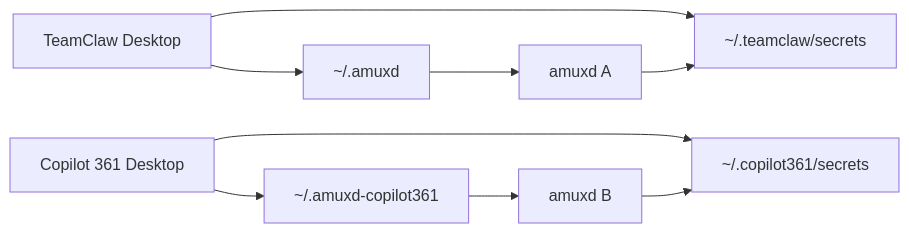
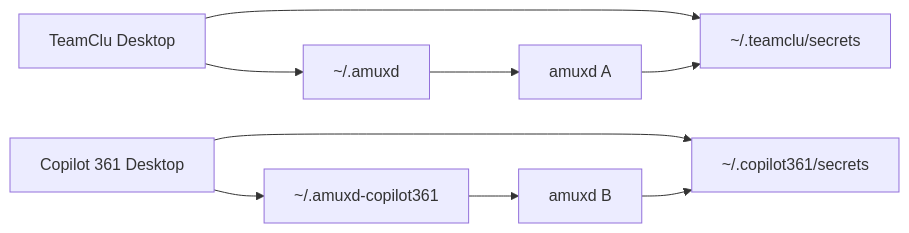
One commit to different-ai-studio/teamclaw changed the diagram in docs/architecture/multi-brand-local-daemon.md. Above: the diagram before and after it, drawn with Mermaid. The commit also changed other lines of this file and 1143 other files, not shown here.

First line of the commit message:
chore(brand): rename teamclaw → teamclu across the codebase

````diff
--- a/docs/architecture/multi-brand-local-daemon.md
+++ b/docs/architecture/multi-brand-local-daemon.md
@@ -68,11 +68,11 @@
 ```mermaid
 flowchart LR
-  TC["TeamClaw Desktop"] --> A1["~/.amuxd"]
+  TC["TeamClu Desktop"] --> A1["~/.amuxd"]
   C361["Copilot 361 Desktop"] --> A2["~/.amuxd-copilot361"]
   A1 --> D1["amuxd A"]
   A2 --> D2["amuxd B"]
-  TC --> S1["~/.teamclaw/secrets"]
+  TC --> S1["~/.teamclu/secrets"]
   C361 --> S2["~/.copilot361/secrets"]
   D1 --> S1
   D2 --> S2
 ```
````
